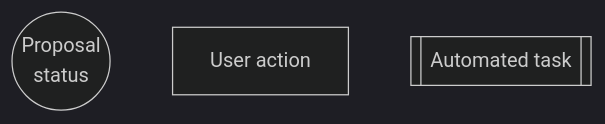
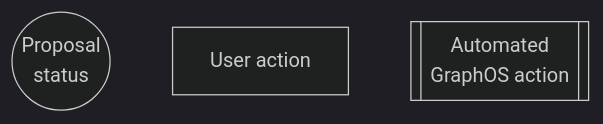
Before and after one commit to apollographql/docs: the fifth of 5 diagrams in src/content/graphos/delivery/schema-proposals.mdx, drawn with Mermaid (dark theme). The commit also changed other lines of this file, not shown here.

Commit message:
Update diagram terminology

````diff
--- a/src/content/graphos/delivery/schema-proposals.mdx
+++ b/src/content/graphos/delivery/schema-proposals.mdx
@@ -113,7 +115,7 @@
 ```mermaid
 graph TB
   Status((Proposal <br/> status))
   User["User action"]
-  Automated[["Automated task"]]
+  Automated[["Automated <br/> GraphOS action"]]
   class Status secondary;
 ```
````
